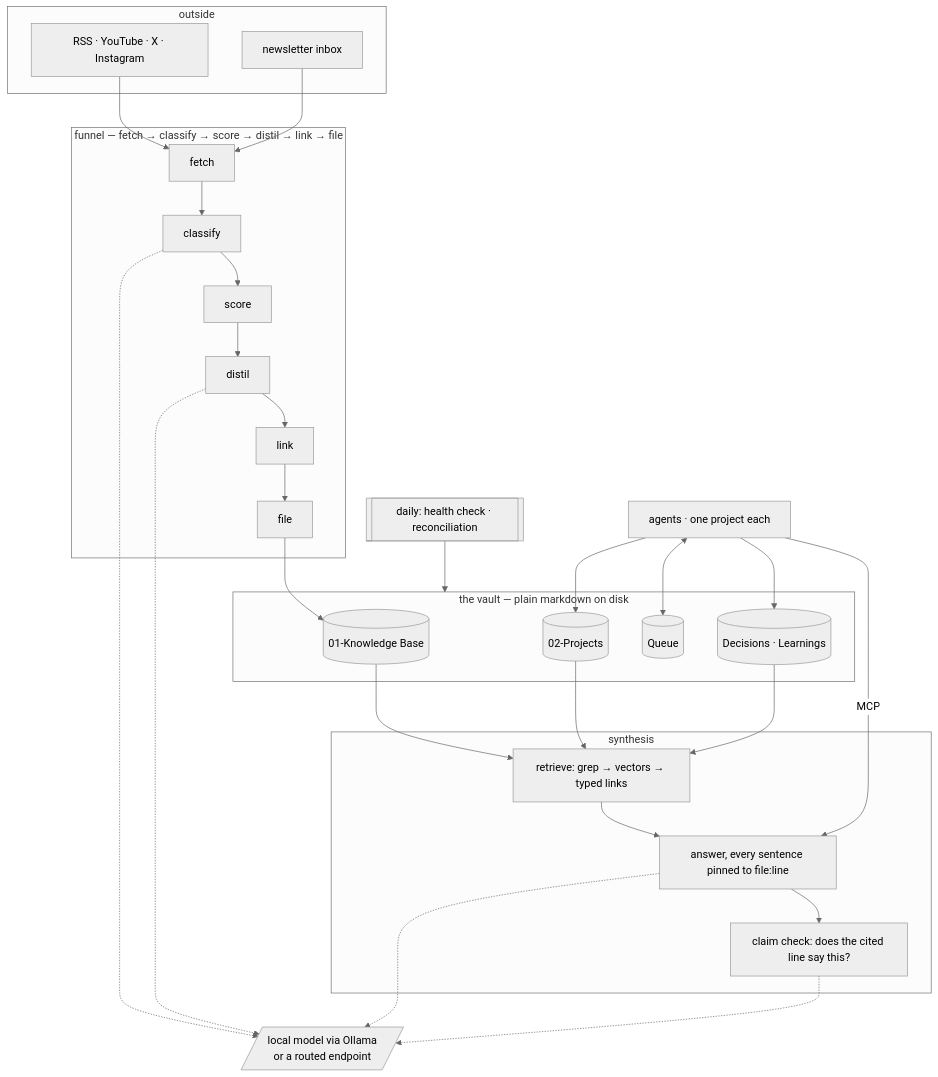
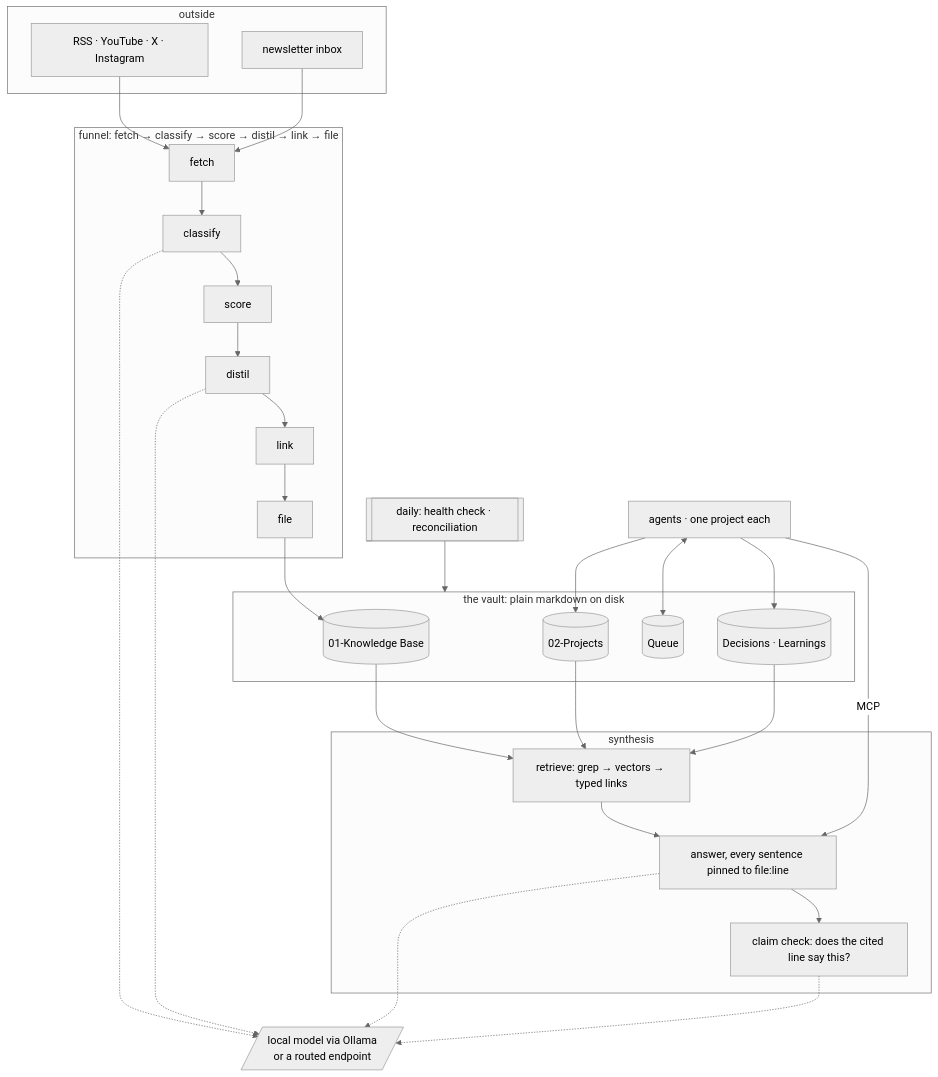
Before and after one commit to M19K/mikoshi: the diagram in README.md, drawn with Mermaid (neutral theme). The commit also changed other lines of this file, not shown here.

````diff
--- a/README.md
+++ b/README.md
@@ -40,48 +40,48 @@
 ```mermaid
 flowchart TB
   subgraph outside[" outside "]
     RSS[RSS · YouTube · X · Instagram]
     MAIL[newsletter inbox]
   end
 
-  subgraph funnel["funnel — fetch → classify → score → distil → link → file"]
+  subgraph funnel["funnel: fetch → classify → score → distil → link → file"]
     F1[fetch] --> F2[classify] --> F3[score] --> F4[distil] --> F5[link] --> F6[file]
   end
 
-  subgraph vault["the vault — plain markdown on disk"]
+  subgraph vault["the vault: plain markdown on disk"]
     KB[(01-Knowledge Base)]
     PROJ[(02-Projects)]
     Q[(Queue)]
     REC[(Decisions · Learnings)]
   end
 
   subgraph brain["synthesis"]
     EV[retrieve: grep → vectors → typed links]
     AN[answer, every sentence pinned to file:line]
     VF[claim check: does the cited line say this?]
   end
 
   LLM[/local model via Ollama<br/>or a routed endpoint/]
   AG[agents · one project each]
   JOBS[[daily: health check · reconciliation]]
 
   RSS --> F1
   MAIL --> F1
   F6 --> KB
   F2 -.-> LLM
   F4 -.-> LLM
 
   KB --> EV
   PROJ --> EV
   REC --> EV
   EV --> AN --> VF
   AN -.-> LLM
   VF -.-> LLM
 
   AG <--> Q
   AG --> PROJ
   AG --> REC
   AG -->|MCP| AN
 
   JOBS --> vault
 ```
````
